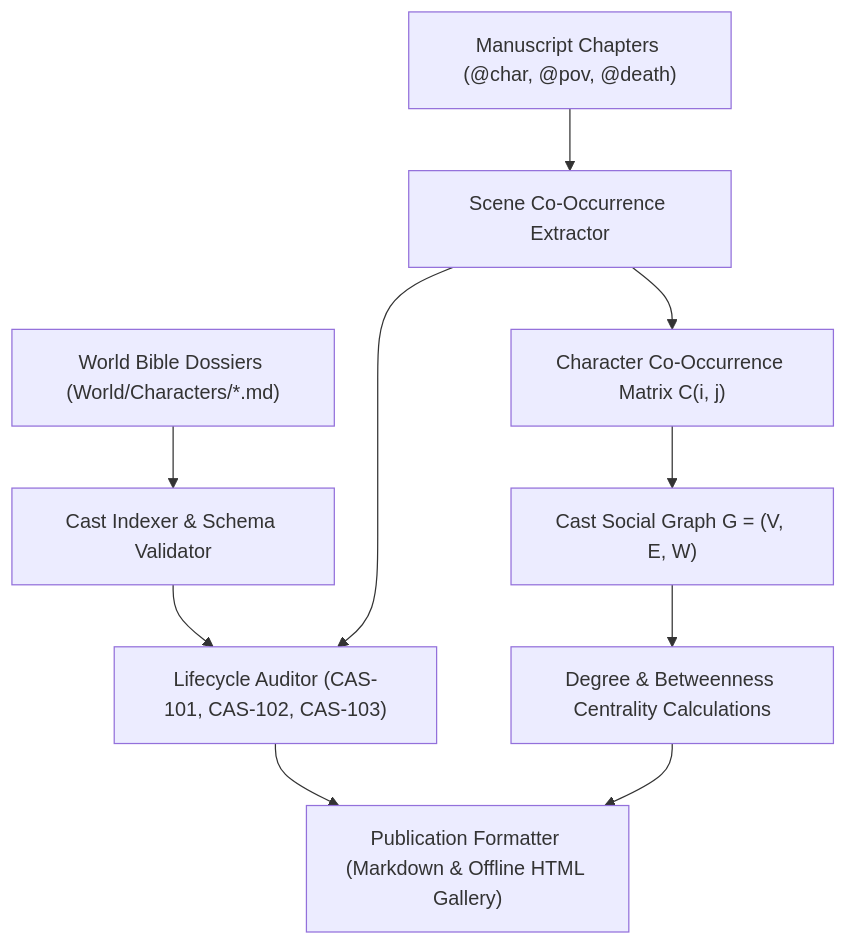
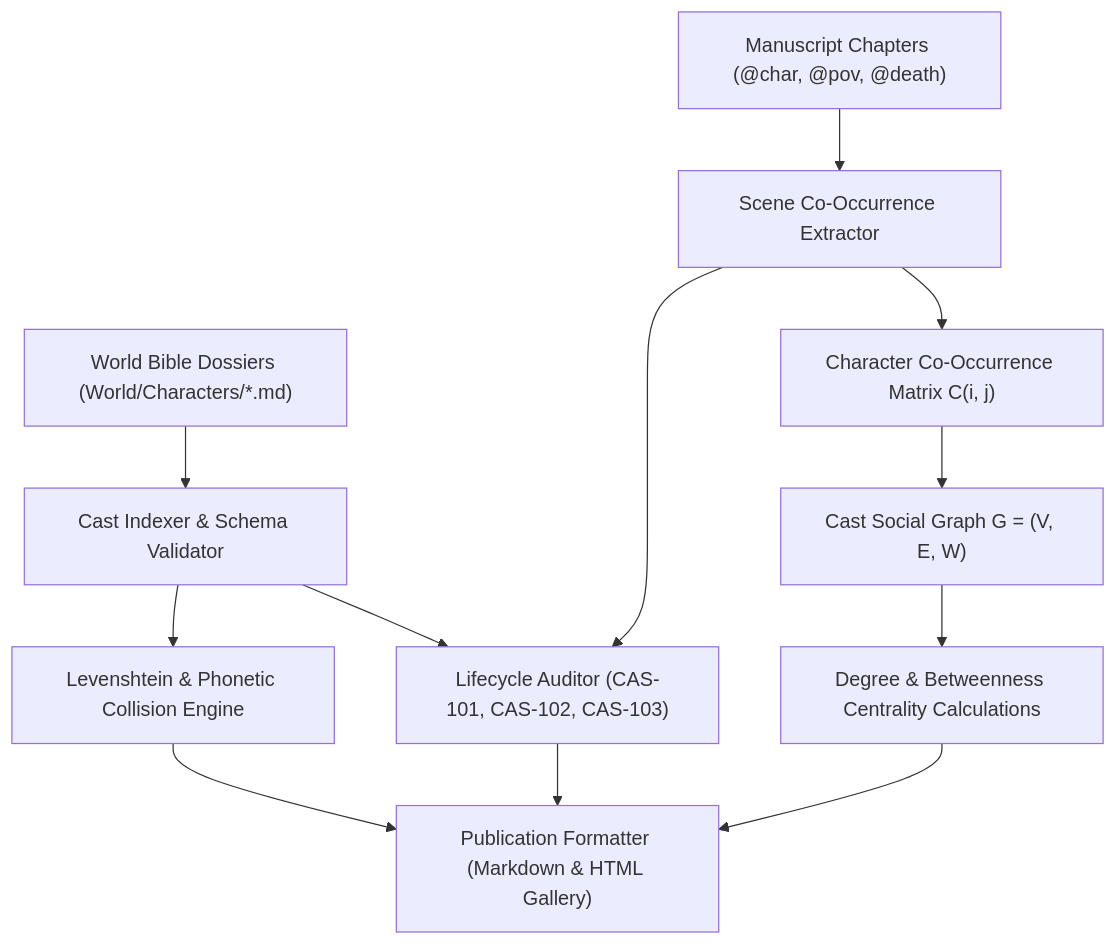
One commit to aryansinghnagar/Ars-Arcanum changed the diagram in docs/DRAMATIS_PERSONAE.md. Above: the diagram before and after it, drawn with Mermaid. The commit also changed other lines of this file and 239 other files, not shown here.

First line of the commit message:
feat(v5.0.0): streamline to 47 deterministic engines, zero-pip architecture, and encyclopedic craft references

````diff
--- a/docs/DRAMATIS_PERSONAE.md
+++ b/docs/DRAMATIS_PERSONAE.md
@@ -22,13 +19,14 @@
 ```mermaid
 flowchart TD
     Dossiers["World Bible Dossiers (World/Characters/*.md)"] --> Parser["Cast Indexer & Schema Validator"]
     Chapters["Manuscript Chapters (@char, @pov, @death)"] --> Extractor["Scene Co-Occurrence Extractor"]
     
+    Parser --> CollisionCheck["Levenshtein & Phonetic Collision Engine"]
     Parser & Extractor --> ContinuityAudit["Lifecycle Auditor (CAS-101, CAS-102, CAS-103)"]
     Extractor --> CoOccurMatrix["Character Co-Occurrence Matrix C(i, j)"]
     
     CoOccurMatrix --> Graph["Cast Social Graph G = (V, E, W)"]
     Graph --> Centrality["Degree & Betweenness Centrality Calculations"]
     
-    ContinuityAudit & Centrality --> PubExport["Publication Formatter (Markdown & Offline HTML Gallery)"]
+    ContinuityAudit & Centrality & CollisionCheck --> PubExport["Publication Formatter (Markdown & HTML Gallery)"]
 ```
````
